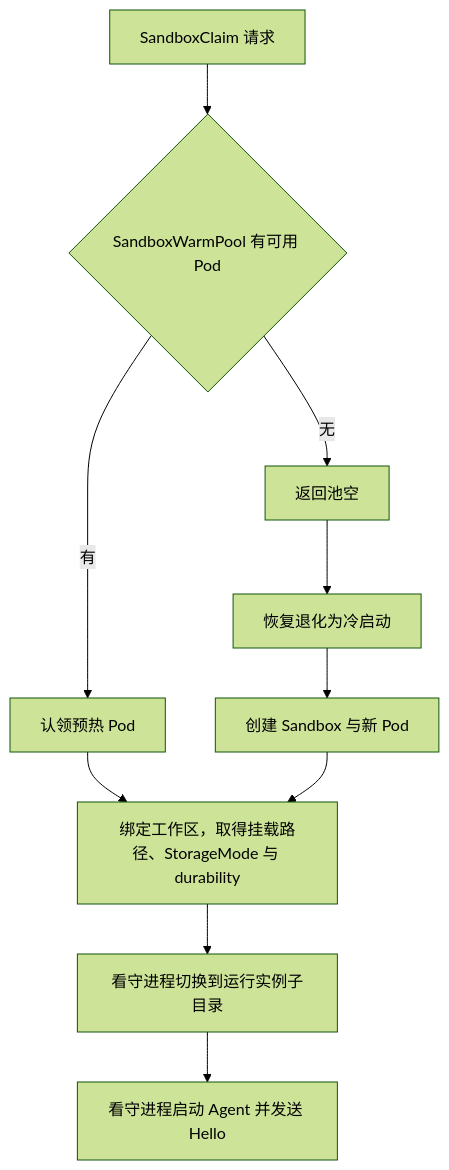
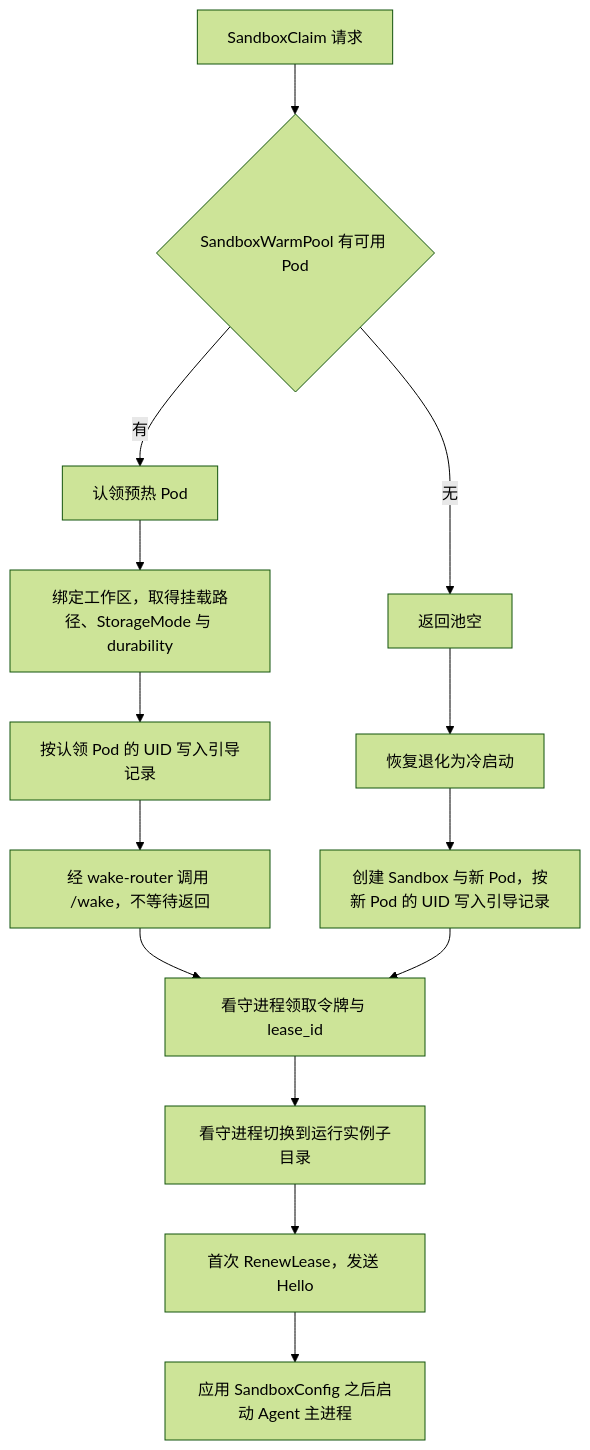
One commit to wangzw/castworks changed the fourth of 4 diagrams in docs/design/modules/sandboxprovider/design-sandboxprovider-k8s.md. Above: the diagram before and after it, drawn with Mermaid (forest theme). The commit also changed other lines of this file and 37 other files, not shown here.

````diff
--- a/docs/design/modules/sandboxprovider/design-sandboxprovider-k8s.md
+++ b/docs/design/modules/sandboxprovider/design-sandboxprovider-k8s.md
@@ -222,12 +247,16 @@
 ```mermaid
 flowchart TD
     A["SandboxClaim 请求"] --> B{"SandboxWarmPool 有可用 Pod"}
     B -->|"有"| C["认领预热 Pod"]
     C --> D["绑定工作区，取得挂载路径、StorageMode 与 durability"]
-    D --> E["看守进程切换到运行实例子目录"]
-    E --> F["看守进程启动 Agent 并发送 Hello"]
+    D --> E["按认领 Pod 的 UID 写入引导记录"]
+    E --> F["经 wake-router 调用 /wake，不等待返回"]
+    F --> J["看守进程领取令牌与 lease_id"]
     B -->|"无"| G["返回池空"]
     G --> H["恢复退化为冷启动"]
-    H --> I["创建 Sandbox 与新 Pod"]
-    I --> D
+    H --> I["创建 Sandbox 与新 Pod，按新 Pod 的 UID 写入引导记录"]
+    I --> J
+    J --> K["看守进程切换到运行实例子目录"]
+    K --> L["首次 RenewLease，发送 Hello"]
+    L --> M["应用 SandboxConfig 之后启动 Agent 主进程"]
 ```
````
